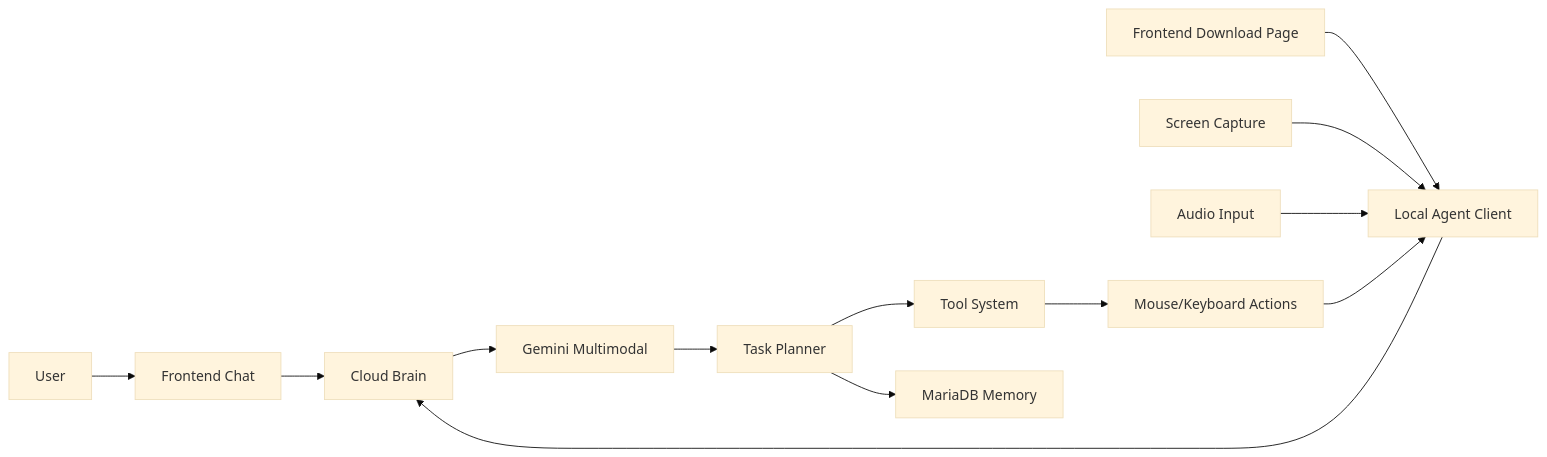
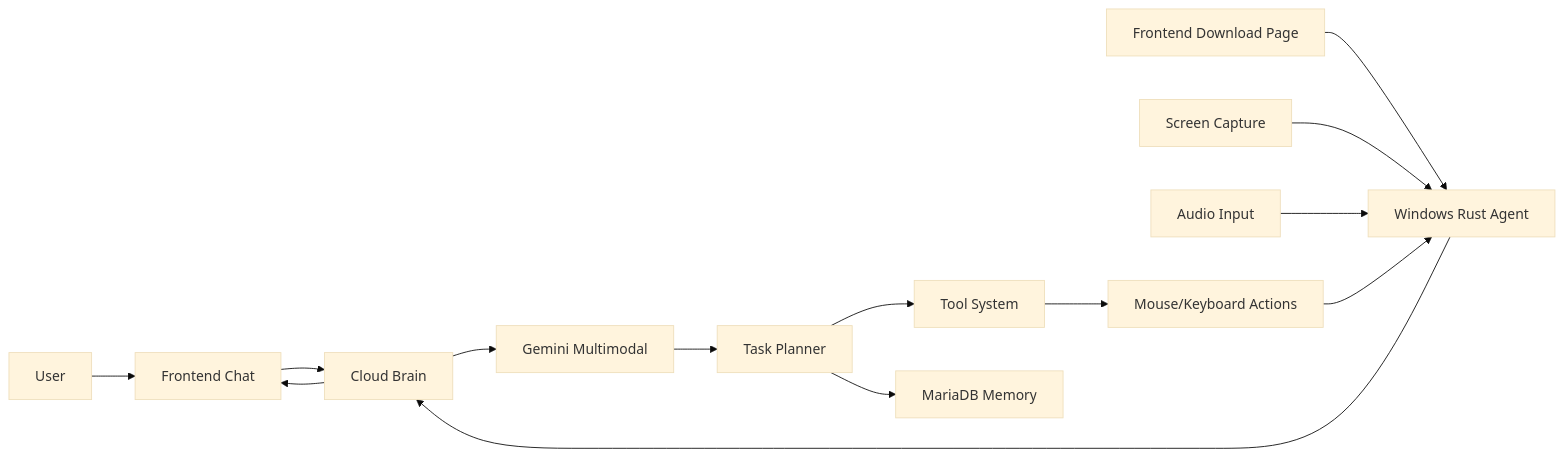
Before and after one commit to tobiawolaju/The-Intern: the second of 2 diagrams in README.md, drawn with Mermaid (base theme). The commit also changed other lines of this file, not shown here.

````diff
--- a/README.md
+++ b/README.md
@@ -312,41 +456,41 @@
 ```mermaid
 flowchart LR
 
 User[User]
 
 ChatUI[Frontend Chat]
 Download[Frontend Download Page]
 
-LocalAgent[Local Agent Client]
+LocalAgent[Windows Rust Agent]
 
 Screen[Screen Capture]
 Audio[Audio Input]
 
 CloudBrain[Cloud Brain]
 
 Vision[Gemini Multimodal]
 Planner[Task Planner]
 Tools[Tool System]
 Memory[MariaDB Memory]
 
 Actions[Mouse/Keyboard Actions]
 
 User --> ChatUI
 ChatUI --> CloudBrain
 
 Download --> LocalAgent
 
 Screen --> LocalAgent
 Audio --> LocalAgent
 
 LocalAgent --> CloudBrain
 
 CloudBrain --> Vision
 Vision --> Planner
 Planner --> Tools
 Planner --> Memory
 
 Tools --> Actions
 Actions --> LocalAgent
-
+CloudBrain --> ChatUI
 ```
````
